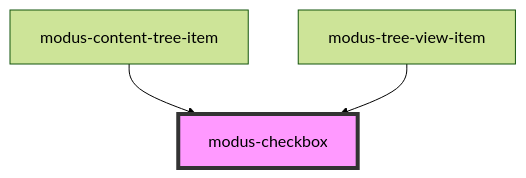
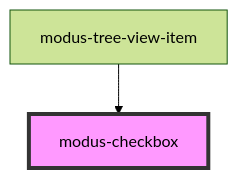
Before and after one commit to trimble-oss/modus-web-components: the diagram in stencil-workspace/src/components/modus-checkbox/readme.md, drawn with Mermaid (forest theme). The commit also changed other lines of this file and 17 other files, not shown here.

Commit message:
Replace the existing content tree folder with the latest

````diff
--- a/stencil-workspace/src/components/modus-checkbox/readme.md
+++ b/stencil-workspace/src/components/modus-checkbox/readme.md
@@ -35,6 +34,5 @@
 ```mermaid
 graph TD;
-  modus-content-tree-item --> modus-checkbox
   modus-tree-view-item --> modus-checkbox
   style modus-checkbox fill:#f9f,stroke:#333,stroke-width:4px
 ```
````
